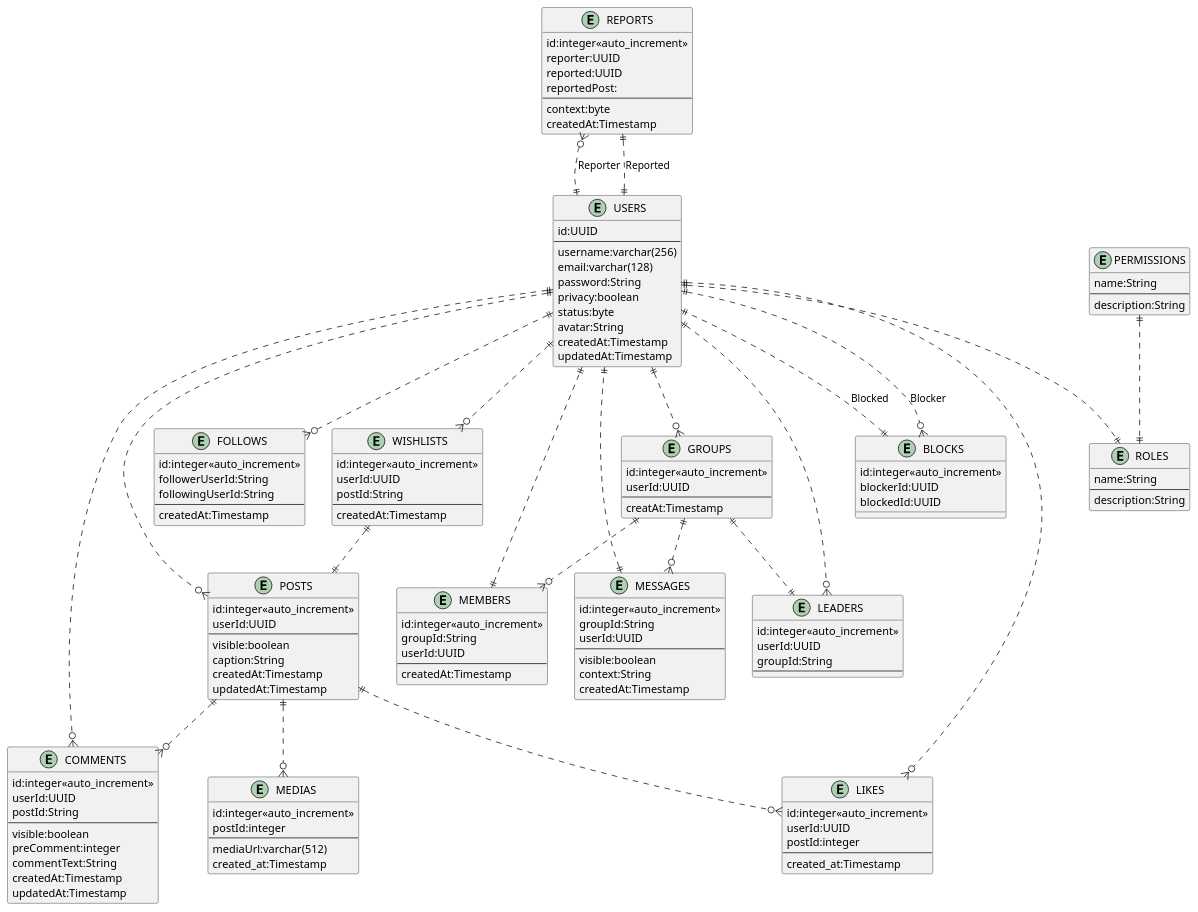
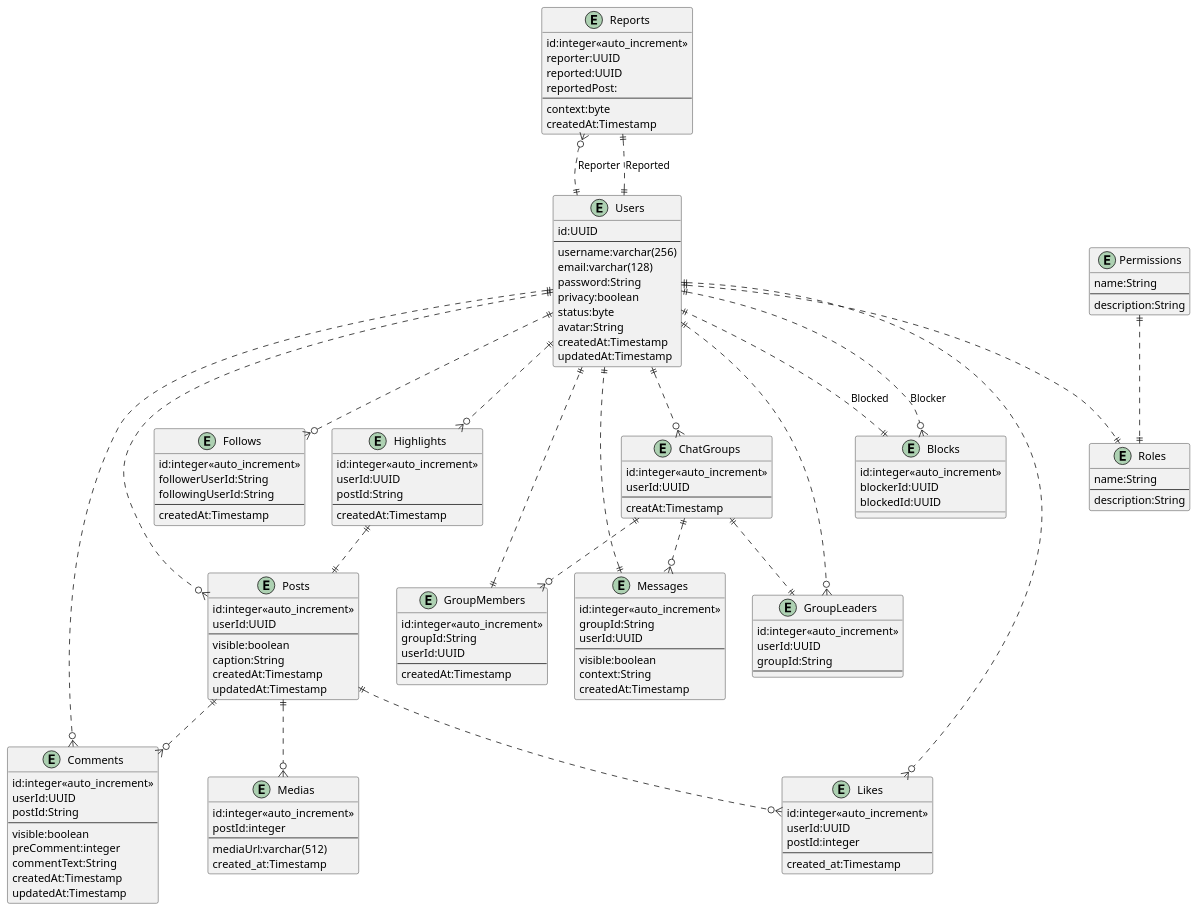
One commit to KhuongVo2105/Chat_Application changed the diagram in Prototypes/erd.plantuml. Above: the diagram before and after it, drawn with PlantUML. The commit also changed 15 other files, not shown here.

```diff
--- a/Prototypes/erd.plantuml
+++ b/Prototypes/erd.plantuml
@@ -1,155 +1,155 @@
 @startuml
 
-entity "USERS" as u {
+entity "Users" as u {
     id:UUID
     --
     username:varchar(256)
     email:varchar(128)
     password:String
     privacy:boolean  /'Public || Private'/
     status:byte     /'trang thai cua nguoi dung. Han che, thoai mai, chua xac thuc'/
     avatar:String   /'anh dai dien nguoi dung'/
     createdAt:Timestamp
     updatedAt:Timestamp
 }
 
-entity "LIKES" as l {
+entity "Likes" as l {
     id:integer<<auto_increment>> 
     userId:UUID
     postId:integer
     --
     created_at:Timestamp
 }
 
-entity "POSTS" as p {
+entity "Posts" as p {
     id:integer<<auto_increment>>
     userId:UUID
     --
     visible:boolean /'True:hien thi, False: an'/
     caption:String
     createdAt:Timestamp
     updatedAt:Timestamp
 }
 
-entity "MEDIAS" as m {
+entity "Medias" as m {
     id:integer<<auto_increment>>
     postId:integer
     --
     mediaUrl:varchar(512)
     created_at:Timestamp
 }
 
-entity "COMMENTS" as c {
+entity "Comments" as c {
     id:integer<<auto_increment>>
     userId:UUID
     postId:String
     --
     visible:boolean /'True: hien'/
     preComment:integer
     commentText:String
     createdAt:Timestamp
     updatedAt:Timestamp
 }
 
-entity "FOLLOWS" as f {    
+entity "Follows" as f {    
     id:integer<<auto_increment>>
     followerUserId:String
     followingUserId:String
     --
     createdAt:Timestamp
 }
 
-entity "GROUPS" as g{
+entity "ChatGroups" as g{
     id:integer<<auto_increment>>
     userId:UUID
     ---
     creatAt:Timestamp
 }
 
-entity "MEMBERS" as mem{
+entity "GroupMembers" as mem{
     id:integer<<auto_increment>>
     groupId:String
     userId:UUID
     ---
     createdAt:Timestamp
 }
 
-entity "LEADERS" as le{
+entity "GroupLeaders" as le{
     id:integer<<auto_increment>>
     userId:UUID
     groupId:String
     ---
 }
 
-entity "MESSAGES" as me{
+entity "Messages" as me{
     id:integer<<auto_increment>>
     groupId:String
     userId:UUID
     ---
     visible:boolean
     context:String
     createdAt:Timestamp
 }
 
-entity "ROLES" as ro{
+entity "Roles" as ro{
     name:String
     ---
     description:String
 }
 
-entity "PERMISSIONS" as pe{
+entity "Permissions" as pe{
     name:String
     ---
     description:String
 }
 
 /'Tin noi bat'/
-entity "WISHLISTS" as wl{
+entity "Highlights" as wl{
     id:integer<<auto_increment>>
     userId:UUID
     postId:String
     ---
     createdAt:Timestamp
 }
 
 /''/
-entity "BLOCKS" as bl{
+entity "Blocks" as bl{
     id:integer<<auto_increment>>
     blockerId:UUID
     blockedId:UUID
 }
 
-entity "REPORTS" as rp{
+entity "Reports" as rp{
     id:integer<<auto_increment>>
     reporter:UUID /'id nguoi tao phieu report'/
     reported:UUID  /'id cua nguoi bi report'/
     reportedPost:   /'id cua bai post bi report'/
     ---
     context:byte
     createdAt:Timestamp
 }
 
 u ||..o{ p
 u ||..o{ f
 u ||..o{ l
 u ||..o{ c
 u ||..o{ g
 u ||..o{ le
 u ||..|| ro
 u ||..o{ wl
 u ||..o{ bl : "Blocker"
 bl ||..|| u: "Blocked"
 p ||..o{ m
 p ||..o{ c
 p ||..o{ l
 g ||..o{ me
 me ||..|| u
 pe ||..|| ro
 g ||..o{ mem
 mem ||..|| u
 g ||..|| le
 wl ||..|| p
 rp }o..|| u : "Reporter"
 rp ||..|| u : "Reported"
 
 @enduml
```
